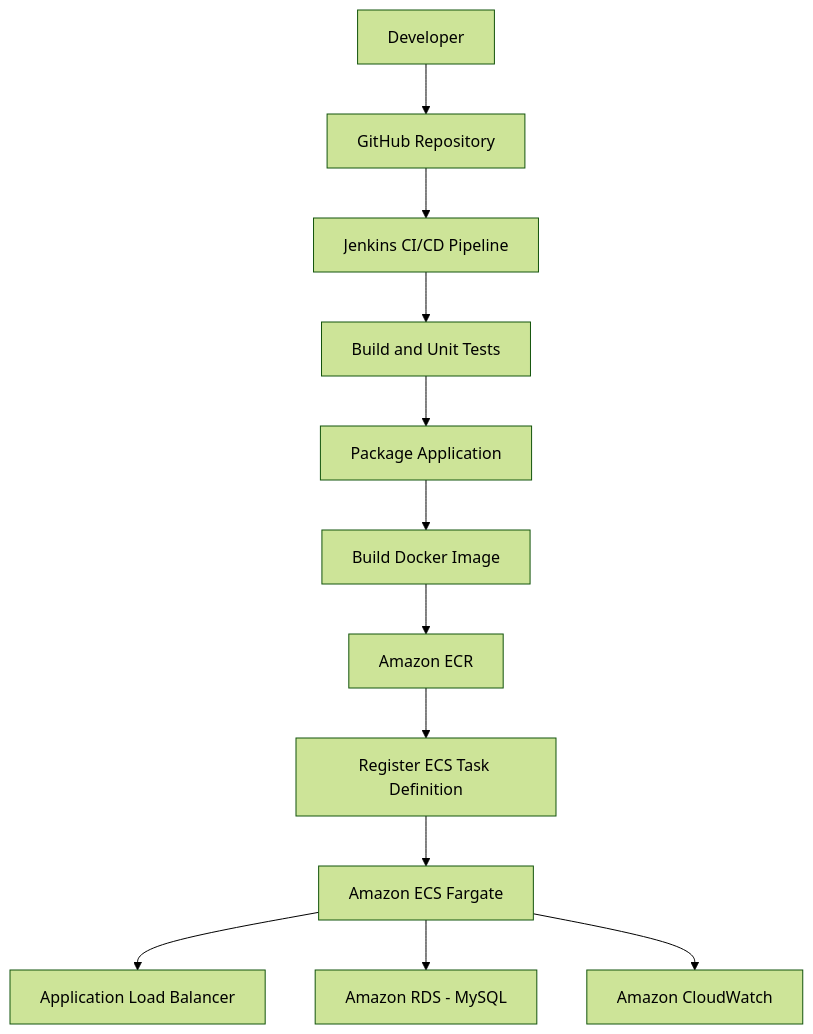
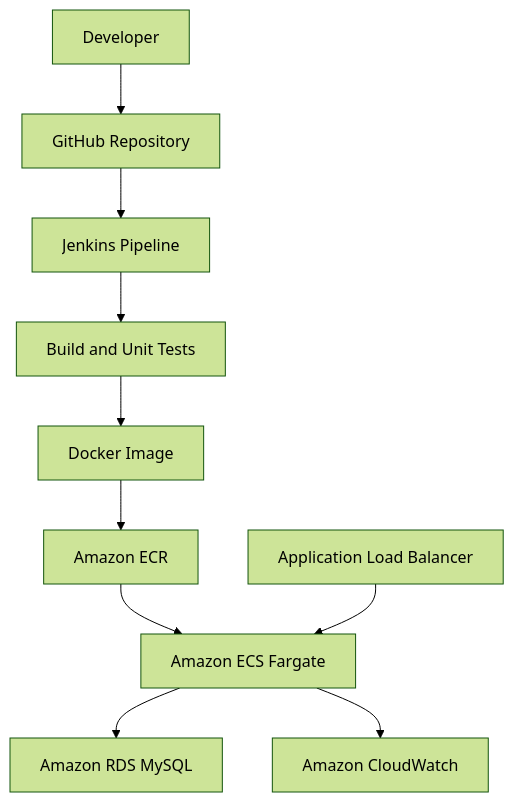
Before and after one commit to Raksh315/employee-management-system: the diagram in README.md, drawn with Mermaid (forest theme). The commit also changed other lines of this file, not shown here.

Commit message:
Fix project structure formatting in README

````diff
--- a/README.md
+++ b/README.md
@@ -13,14 +13,12 @@
 ```mermaid
 flowchart TD
     A[Developer] --> B[GitHub Repository]
-    B --> C[Jenkins CI/CD Pipeline]
+    B --> C[Jenkins Pipeline]
     C --> D[Build and Unit Tests]
-    D --> E[Package Application]
-    E --> F[Build Docker Image]
-    F --> G[Amazon ECR]
-    G --> H[Register ECS Task Definition]
-    H --> I[Amazon ECS Fargate]
-    I --> J[Application Load Balancer]
-    I --> K[Amazon RDS - MySQL]
-    I --> L[Amazon CloudWatch]
+    D --> E[Docker Image]
+    E --> F[Amazon ECR]
+    F --> G[Amazon ECS Fargate]
+    H[Application Load Balancer] --> G
+    G --> I[Amazon RDS MySQL]
+    G --> J[Amazon CloudWatch]
 ```
````
